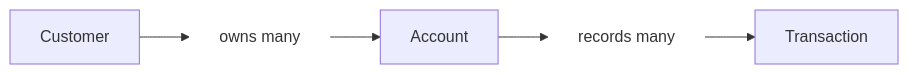
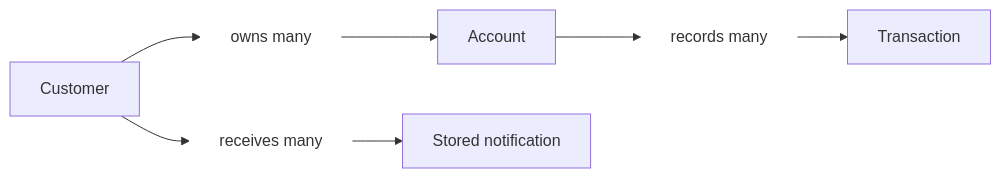
The first of 2 diagrams in README.md (RootMoataz/Banking-App), drawn with Mermaid before and after one commit. The commit also changed other lines of this file and 28 other files, not shown here.

````diff
--- a/README.md
+++ b/README.md
@@ -207,7 +439,15 @@
 ```mermaid
+
 flowchart LR
+
     C[Customer] --> O[owns many] --> A[Account]
+
     A --> R[records many] --> T[Transaction]
+
+    C --> N[receives many] --> M[Stored notification]
+
     classDef relationship fill:none,stroke:none;
-    class O,R relationship;
+
+    class O,R,N relationship;
+
 ```
````
